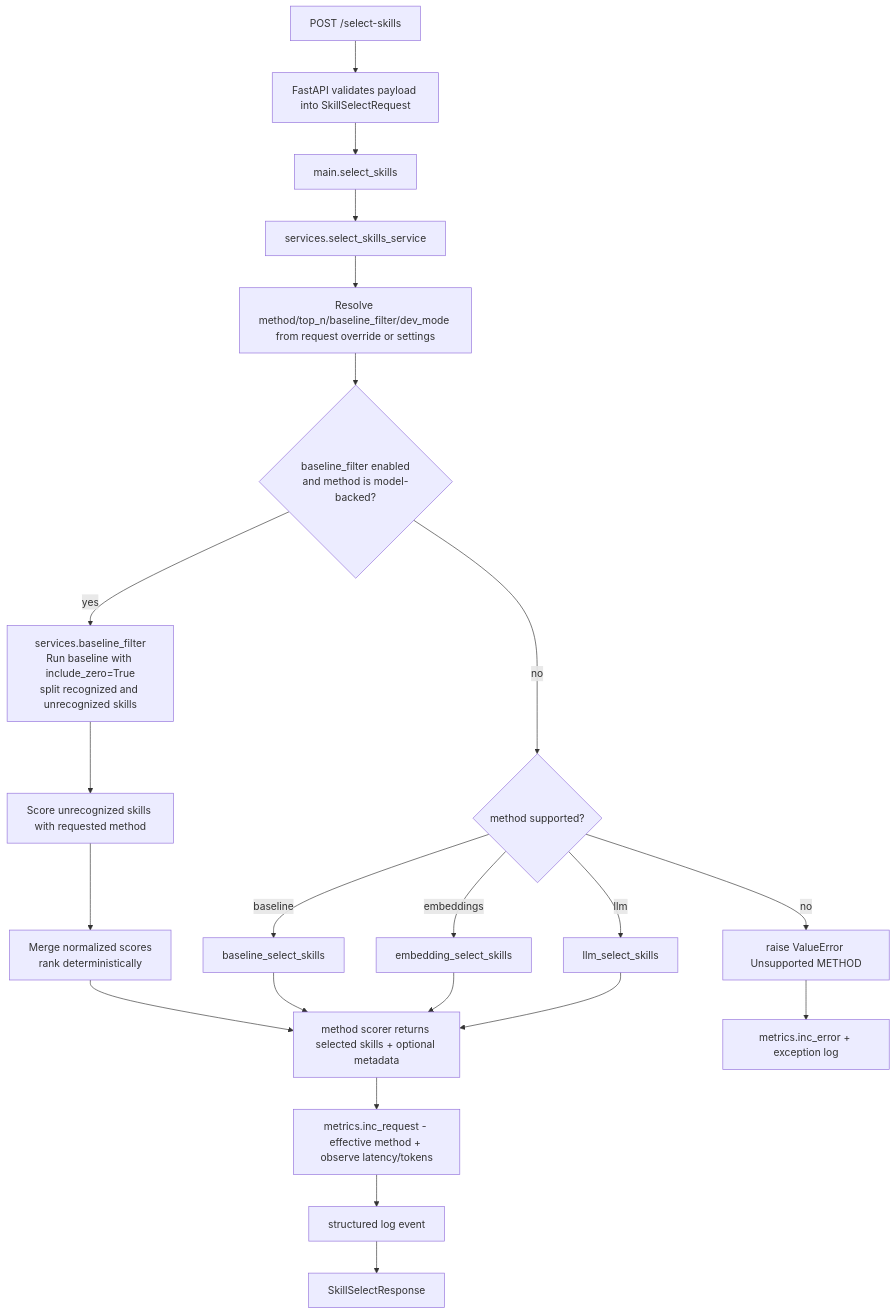
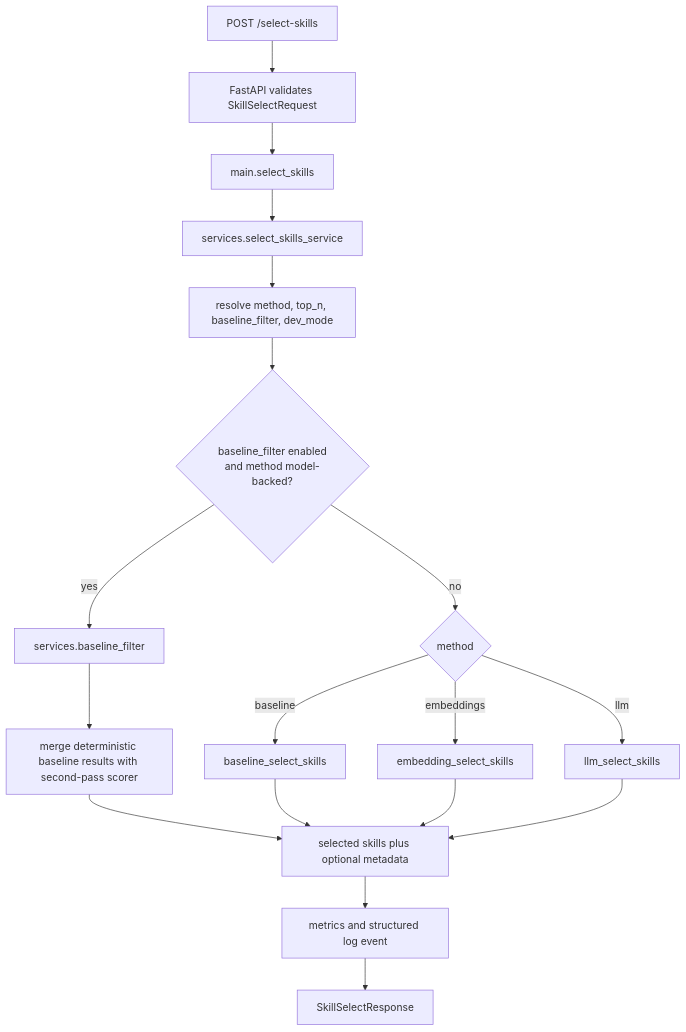
One commit to namerror/JobForge changed the second of 2 diagrams in docs/architecture-overview.md. Above: the diagram before and after it, drawn with Mermaid. The commit also changed other lines of this file and 9 other files, not shown here.

````diff
--- a/docs/architecture-overview.md
+++ b/docs/architecture-overview.md
@@ -63,24 +119,20 @@
 ```mermaid
 flowchart TD
-    A[POST /select-skills] --> B[FastAPI validates payload into SkillSelectRequest]
+    A[POST /select-skills] --> B[FastAPI validates SkillSelectRequest]
     B --> C[main.select_skills]
     C --> D[services.select_skills_service]
-    D --> E[Resolve method/top_n/baseline_filter/dev_mode from request override or settings]
-    E --> F{baseline_filter enabled<br>and method is model-backed?}
-    F -- yes --> K[services.baseline_filter<br>Run baseline with include_zero=True<br>split recognized and unrecognized skills]
-    K --> L[Score unrecognized skills with requested method]
-    L --> M[Merge normalized scores<br>rank deterministically]
-    F -- no --> G{method supported?}
-    M --> J
-    G -- no --> H[raise ValueError Unsupported METHOD]
-    G -- baseline --> I[baseline_select_skills]
-    G -- embeddings --> U[embedding_select_skills]
-    G -- llm --> V[llm_select_skills]
-    I --> J[method scorer returns selected skills + optional metadata]
-    U --> J
-    V --> J
-    J --> Q[metrics.inc_request - effective method + observe latency/tokens]
-    Q --> R[structured log event]
-    R --> S[SkillSelectResponse]
-    H --> T[metrics.inc_error + exception log]
+    D --> E[resolve method, top_n, baseline_filter, dev_mode]
+    E --> F{baseline_filter enabled<br>and method model-backed?}
+    F -- yes --> G[services.baseline_filter]
+    F -- no --> H{method}
+    G --> I[merge deterministic baseline results with second-pass scorer]
+    H -- baseline --> J[baseline_select_skills]
+    H -- embeddings --> K[embedding_select_skills]
+    H -- llm --> L[llm_select_skills]
+    I --> M[selected skills plus optional metadata]
+    J --> M
+    K --> M
+    L --> M
+    M --> N[metrics and structured log event]
+    N --> O[SkillSelectResponse]
 ```
````
